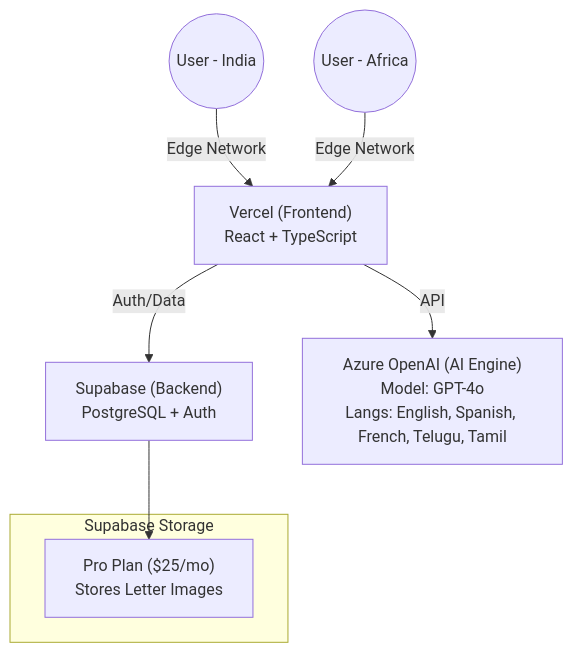
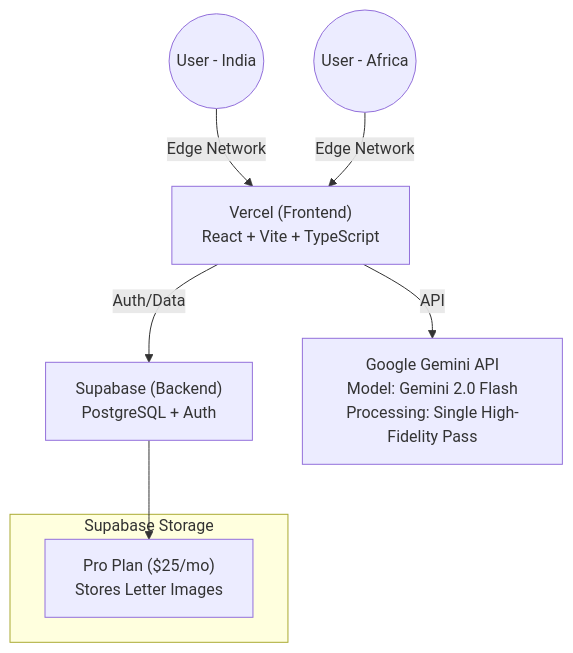
The diagram in DEPLOYMENT_PLAN.md (nestico/letter-translator-gemini), drawn with Mermaid before and after one commit. The commit also changed other lines of this file, not shown here.

Commit message:
Update deployment plan with Gemini cost analysis and architecture

````diff
--- a/DEPLOYMENT_PLAN.md
+++ b/DEPLOYMENT_PLAN.md
@@ -90,14 +94,14 @@
 ```mermaid
 graph TD
-    User_India((User - India)) -->|Edge Network| Vercel["Vercel (Frontend)<br/>React + TypeScript"]
+    User_India((User - India)) -->|Edge Network| Vercel["Vercel (Frontend)<br/>React + Vite + TypeScript"]
     User_Africa((User - Africa)) -->|Edge Network| Vercel
     
     Vercel -->|Auth/Data| Supabase["Supabase (Backend)<br/>PostgreSQL + Auth"]
     
-    Vercel -->|API| Azure["Azure OpenAI (AI Engine)<br/>Model: GPT-4o<br/>Langs: English, Spanish, French, Telugu, Tamil"]
+    Vercel -->|API| Gemini["Google Gemini API<br/>Model: Gemini 2.0 Flash<br/>Processing: Single High-Fidelity Pass"]
     
     subgraph "Supabase Storage"
         Pro_Tier["Pro Plan ($25/mo)<br/>Stores Letter Images"]
     end
     Supabase --> Pro_Tier
 ```
````
